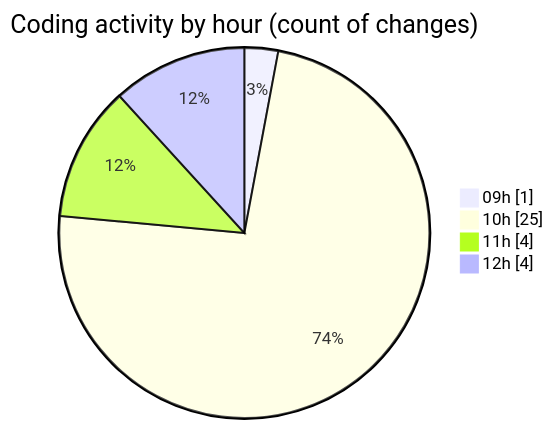
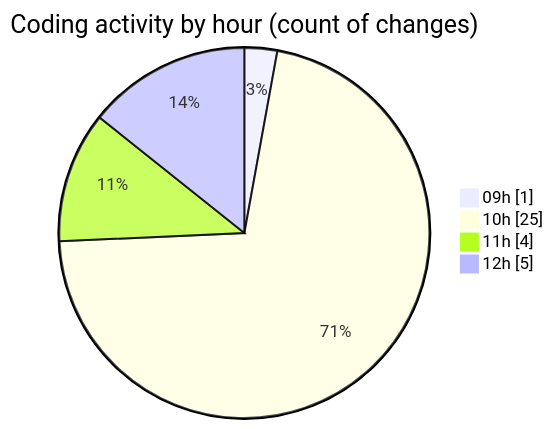
Before and after one commit to julien-gomy/code-tracking: the second of 2 diagrams in 2025-11-17/eventscop-frontend-guide__workspace_/README.md, drawn with Mermaid. The commit also changed other lines of this file and 1 other file, not shown here.

````diff
--- a/2025-11-17/eventscop-frontend-guide__workspace_/README.md
+++ b/2025-11-17/eventscop-frontend-guide__workspace_/README.md
@@ -43,8 +44,8 @@
 ```mermaid
 pie showData
 title Coding activity by hour (count of changes)
 "09h" : 1
 "10h" : 25
 "11h" : 4
-"12h" : 4
+"12h" : 5
 ```
````
